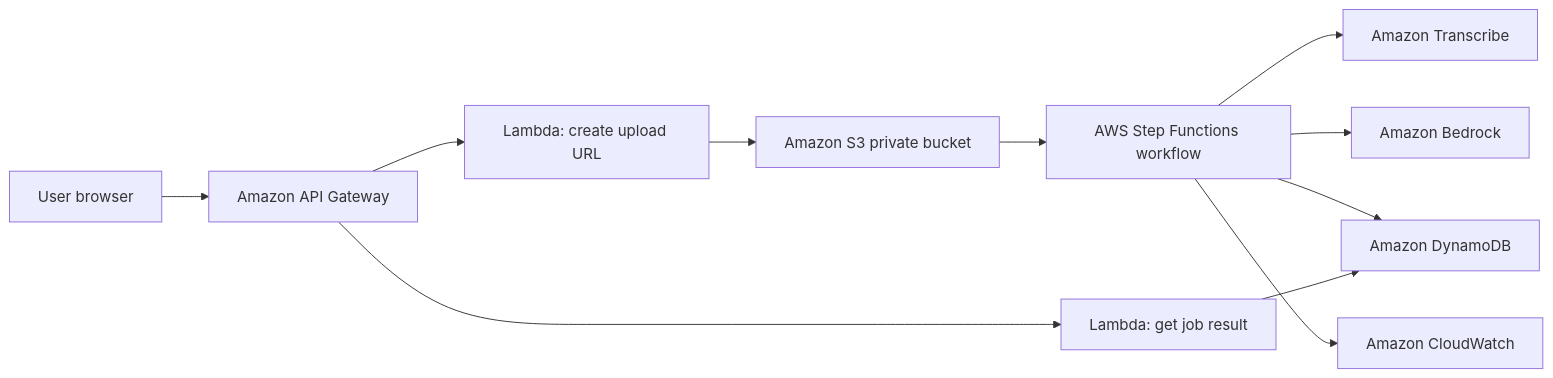
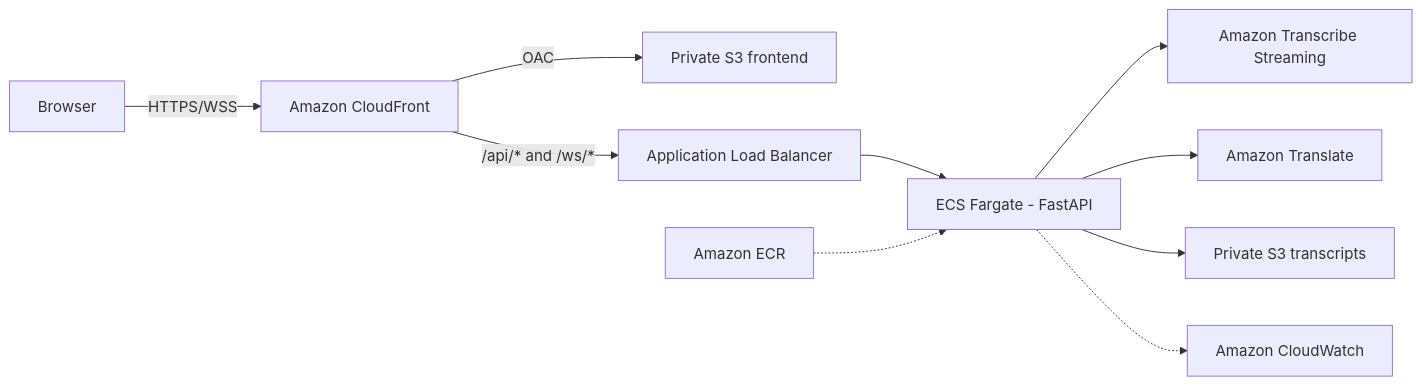
One commit to 9ducanh9/fcj-workshop-template changed the diagram in content/2-Proposal/_index.md. Above: the diagram before and after it, drawn with Mermaid. The commit also changed other lines of this file and 25 other files, not shown here.

```diff
--- a/content/2-Proposal/_index.md
+++ b/content/2-Proposal/_index.md
@@ -45,13 +73,12 @@
 {{< mermaid align="left" >}}
 flowchart LR
-  User["User browser"] --> APIGW["Amazon API Gateway"]
-  APIGW --> UploadLambda["Lambda: create upload URL"]
-  UploadLambda --> S3["Amazon S3 private bucket"]
-  S3 --> SFN["AWS Step Functions workflow"]
-  SFN --> Transcribe["Amazon Transcribe"]
-  SFN --> Bedrock["Amazon Bedrock"]
-  SFN --> DDB["Amazon DynamoDB"]
-  APIGW --> ResultLambda["Lambda: get job result"]
-  ResultLambda --> DDB
-  SFN --> CW["Amazon CloudWatch"]
+  User["Browser"] -->|HTTPS/WSS| CF["Amazon CloudFront"]
+  CF -->|OAC| Frontend["Private S3 frontend"]
+  CF -->|/api/* and /ws/*| ALB["Application Load Balancer"]
+  ALB --> ECS["ECS Fargate - FastAPI"]
+  ECR["Amazon ECR"] -.-> ECS
+  ECS --> Transcribe["Amazon Transcribe Streaming"]
+  ECS --> Translate["Amazon Translate"]
+  ECS --> Transcript["Private S3 transcripts"]
+  ECS -.-> CW["Amazon CloudWatch"]
 {{< /mermaid >}}
```
